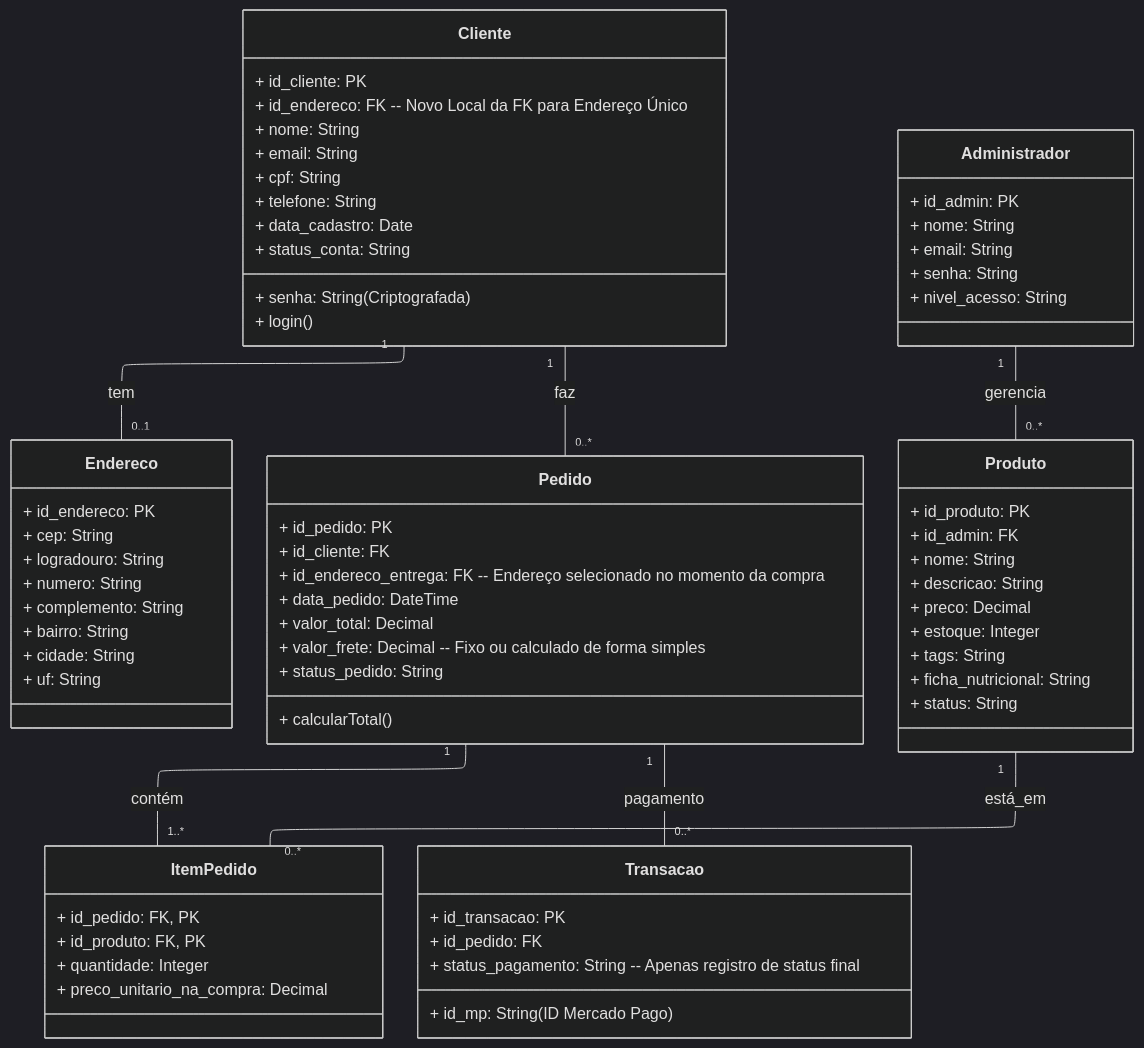
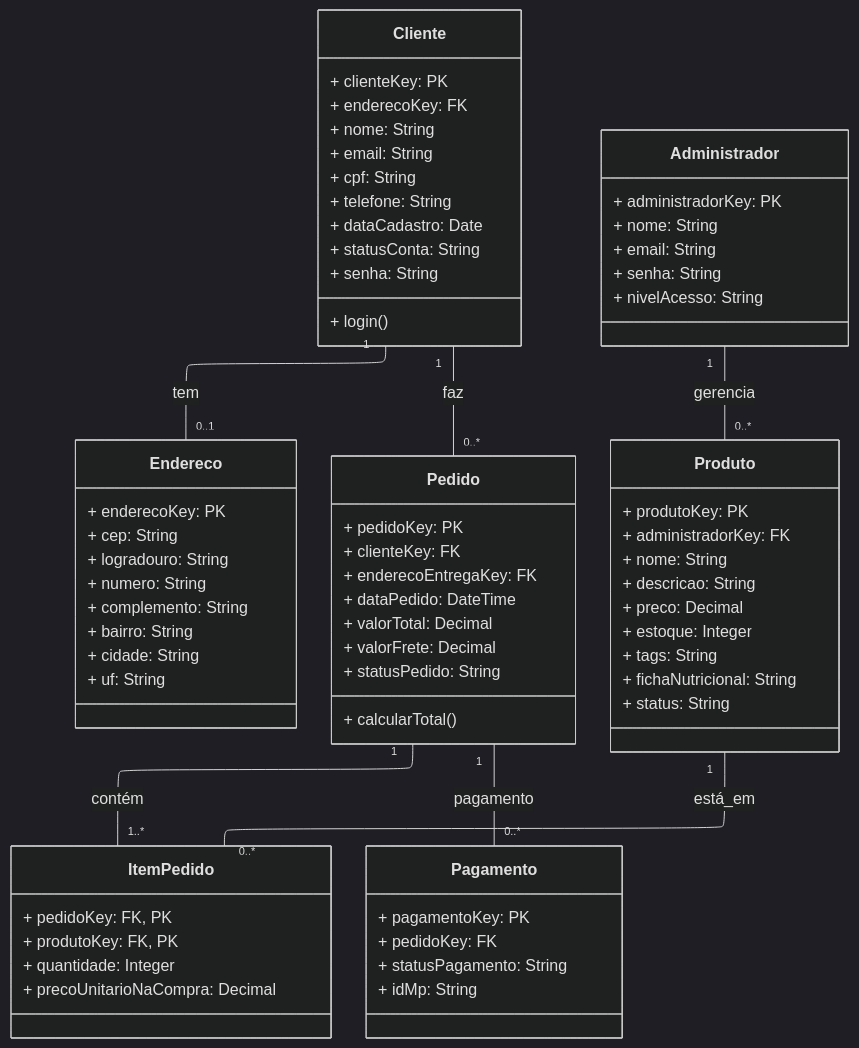
One commit to Trindade-Joao/projeto-integrador-cupcake changed the diagram in documentacao/diagramas/diagrama_de_classes.mmd. Above: the diagram before and after it, drawn with Mermaid (dark theme). The commit also changed 10 other files, not shown here.

```diff
--- a/documentacao/diagramas/diagrama_de_classes.mmd
+++ b/documentacao/diagramas/diagrama_de_classes.mmd
@@ -1,74 +1,74 @@
 ---
 config:
   layout: elk
 ---
 classDiagram
 direction TB
     class Cliente {
-	    + id_cliente: PK
-	    + id_endereco: FK  -- Novo Local da FK para Endereço Único
-	    + nome: String
-	    + email: String
-	    + cpf: String
-	    + telefone: String
-	    + data_cadastro: Date
-	    + status_conta: String
-	    + senha: String(Criptografada)
-	    + login()
+        + clienteKey: PK
+        + enderecoKey: FK
+        + nome: String
+        + email: String
+        + cpf: String
+        + telefone: String
+        + dataCadastro: Date
+        + statusConta: String
+        + senha: String
+        + login()
     }
     class Endereco {
-	    + id_endereco: PK
-	    + cep: String
-	    + logradouro: String
-	    + numero: String
-	    + complemento: String
-	    + bairro: String
-	    + cidade: String
-	    + uf: String
+        + enderecoKey: PK
+        + cep: String
+        + logradouro: String
+        + numero: String
+        + complemento: String
+        + bairro: String
+        + cidade: String
+        + uf: String
     }
     class Pedido {
-	    + id_pedido: PK
-	    + id_cliente: FK
-	    + id_endereco_entrega: FK -- Endereço selecionado no momento da compra
-	    + data_pedido: DateTime
-	    + valor_total: Decimal
-	    + valor_frete: Decimal -- Fixo ou calculado de forma simples
-	    + status_pedido: String
-	    + calcularTotal()
+        + pedidoKey: PK
+        + clienteKey: FK
+        + enderecoEntregaKey: FK
+        + dataPedido: DateTime
+        + valorTotal: Decimal
+        + valorFrete: Decimal
+        + statusPedido: String
+        + calcularTotal()
     }
     class ItemPedido {
-	    + id_pedido: FK, PK
-	    + id_produto: FK, PK
-	    + quantidade: Integer
-	    + preco_unitario_na_compra: Decimal
+        + pedidoKey: FK, PK
+        + produtoKey: FK, PK
+        + quantidade: Integer
+        + precoUnitarioNaCompra: Decimal
     }
     class Produto {
-	    + id_produto: PK
-	    + id_admin: FK
-	    + nome: String
-	    + descricao: String
-	    + preco: Decimal
-	    + estoque: Integer
-	    + tags: String
-	    + ficha_nutricional: String
-	    + status: String
+        + produtoKey: PK
+        + administradorKey: FK
+        + nome: String
+        + descricao: String
+        + preco: Decimal
+        + estoque: Integer
+        + tags: String
+        + fichaNutricional: String
+        + status: String
     }
-    class Transacao {
-	    + id_transacao: PK
-	    + id_pedido: FK
-	    + status_pagamento: String -- Apenas registro de status final
-	    + id_mp: String(ID Mercado Pago)
+    class Pagamento {
+        + pagamentoKey: PK
+        + pedidoKey: FK
+        + statusPagamento: String
+        + idMp: String
     }
     class Administrador {
-	    + id_admin: PK
-	    + nome: String
-	    + email: String
-	    + senha: String
-	    + nivel_acesso: String
+        + administradorKey: PK
+        + nome: String
+        + email: String
+        + senha: String
+        + nivelAcesso: String
     }
     Cliente "1" -- "0..1" Endereco : tem
     Cliente "1" -- "0..*" Pedido : faz
     Pedido "1" -- "1..*" ItemPedido : contém
     Produto "1" -- "0..*" ItemPedido : está_em
-    Pedido "1" -- "0..*" Transacao : pagamento
+    Pedido "1" -- "0..*" Pagamento : pagamento
     Administrador "1" -- "0..*" Produto : gerencia
```
